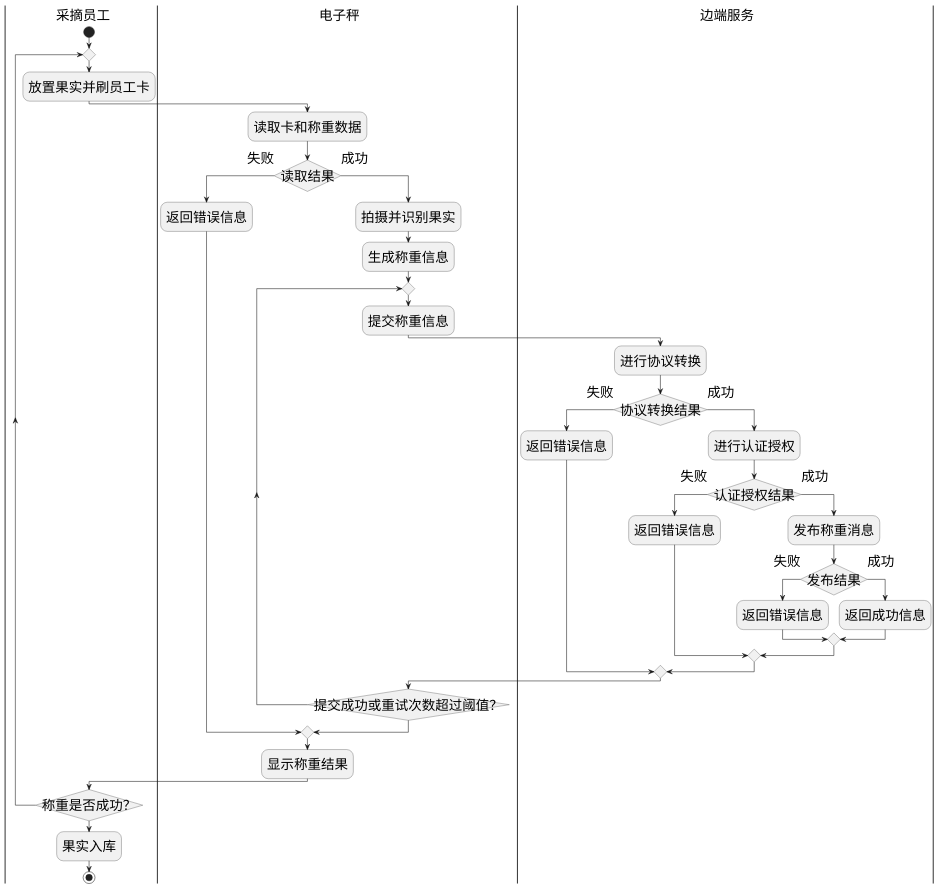
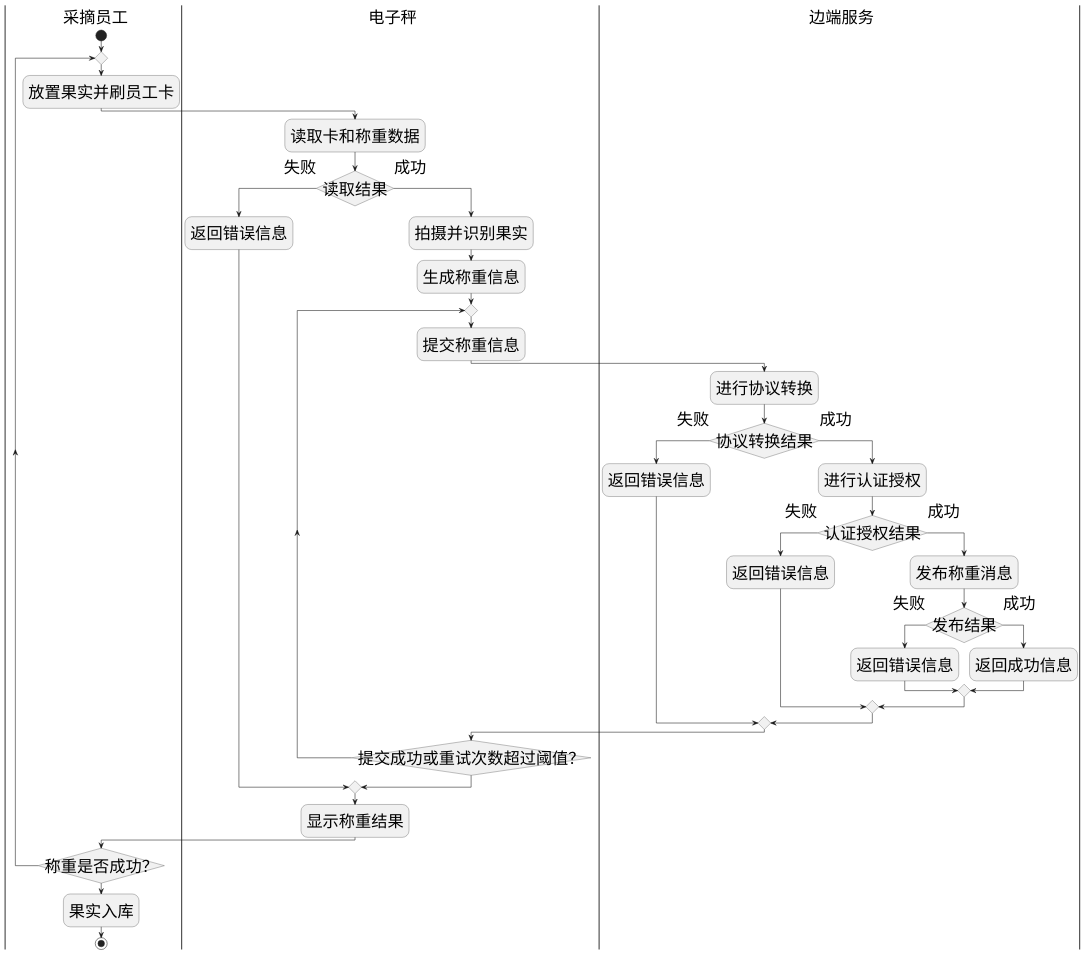
The diagram in design/边端称重数据处理流程活动图.puml (akynazh/aws), drawn with PlantUML before and after one commit. The commit also changed 26 other files, not shown here.

```diff
--- a/design/边端称重数据处理流程活动图.puml
+++ b/design/边端称重数据处理流程活动图.puml
@@ -1,52 +1,52 @@
 @startuml 边端称重数据处理流程活动图
 skinparam conditionStyle InsideDiamond
-skinparam defaultFontSize 25
+skinparam defaultFontSize 30
 |u| 采摘员工
 |sc| 电子秤
 |edge| 边端服务
 
 |u|
 start
 repeat
 :放置果实并刷员工卡;
 |sc|
 :读取卡和称重数据;
 |sc|
 if (读取结果) then(失败)
 
     |sc|
     :返回错误信息;
 else(成功)
     |sc|
     :拍摄并识别果实;
     :生成称重信息;
     repeat
     :提交称重信息;
     |edge|
     :进行协议转换;
     if (协议转换结果) then(失败)
         :返回错误信息;
     else(成功)
         :进行认证授权;
         if (认证授权结果) then(失败)
             :返回错误信息;
         else (成功)
             |edge|
             :发布称重消息;
             if (发布结果) then(失败)
                 :返回错误信息;
             else(成功)
                 :返回成功信息;
             endif
         endif
     endif
     |sc|
     repeat while(提交成功或重试次数超过阈值？)
 endif
 |sc|
 :显示称重结果;
 |u|
 repeat while(称重是否成功？)
 :果实入库;
 stop
 @enduml
```
